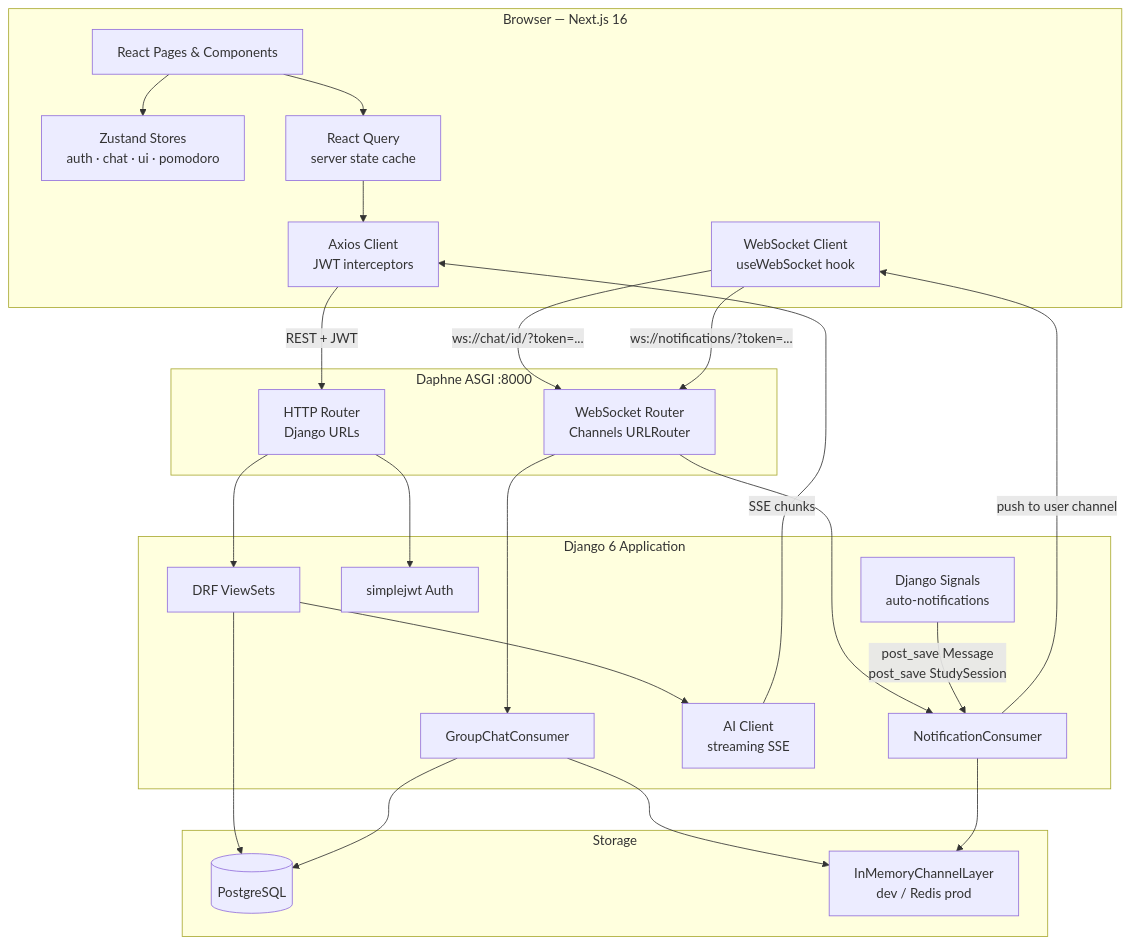
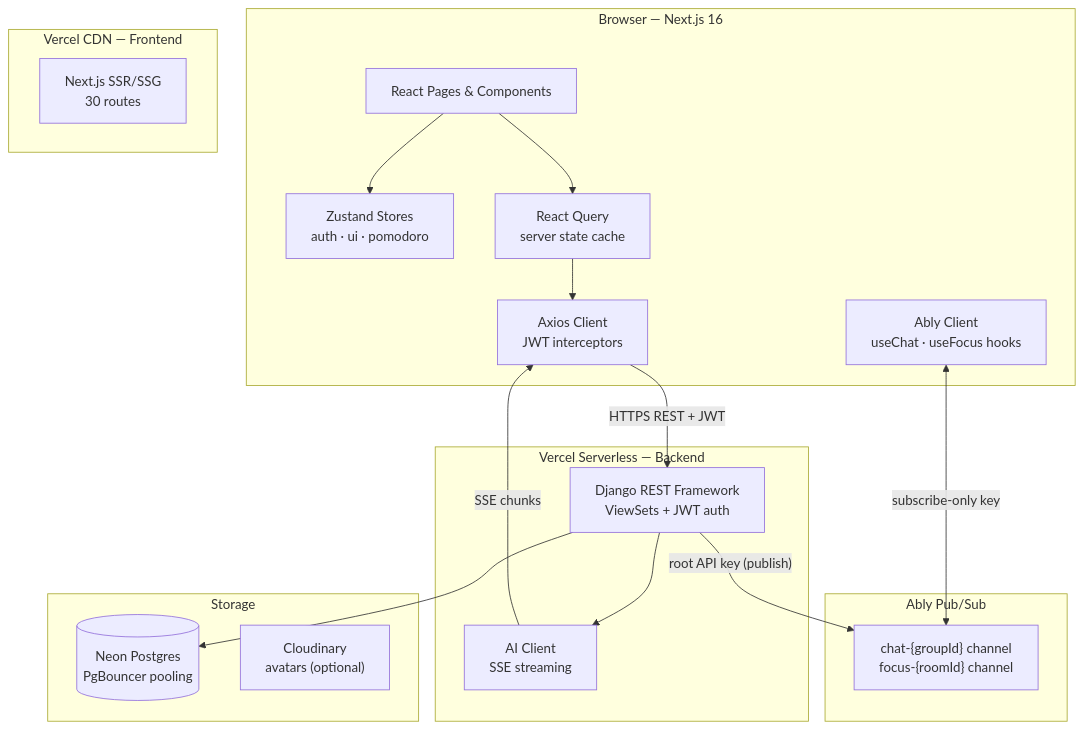
One commit to MatinMovahedi/StudySync changed the first of 6 diagrams in README.md. Above: the diagram before and after it, drawn with Mermaid. The commit also changed other lines of this file and 2 other files, not shown here.

````diff
--- a/README.md
+++ b/README.md
@@ -351,50 +258,38 @@
 ```mermaid
 graph TB
     subgraph Browser["Browser — Next.js 16"]
         UI["React Pages & Components"]
-        ZS["Zustand Stores\nauth · chat · ui · pomodoro"]
+        ZS["Zustand Stores\nauth · ui · pomodoro"]
         RQ["React Query\nserver state cache"]
         AX["Axios Client\nJWT interceptors"]
-        WS_C["WebSocket Client\nuseWebSocket hook"]
+        AB_C["Ably Client\nuseChat · useFocus hooks"]
     end
 
-    subgraph Daphne["Daphne ASGI :8000"]
-        HTTP["HTTP Router\nDjango URLs"]
-        WS_R["WebSocket Router\nChannels URLRouter"]
+    subgraph Vercel_FE["Vercel CDN — Frontend"]
+        NEXT["Next.js SSR/SSG\n30 routes"]
     end
 
-    subgraph Django["Django 6 Application"]
-        DRF["DRF ViewSets"]
-        JWT["simplejwt Auth"]
-        CHAT_C["GroupChatConsumer"]
-        NOTIF_C["NotificationConsumer"]
-        SIGNALS["Django Signals\nauto-notifications"]
-        AI["AI Client\nstreaming SSE"]
+    subgraph Vercel_BE["Vercel Serverless — Backend"]
+        DRF["Django REST Framework\nViewSets + JWT auth"]
+        AI["AI Client\nSSE streaming"]
+    end
+
+    subgraph Ably["Ably Pub/Sub"]
+        CH["chat-{groupId} channel\nfocus-{roomId} channel"]
     end
 
     subgraph Storage["Storage"]
-        PG[("PostgreSQL")]
-        CL["InMemoryChannelLayer\ndev  /  Redis prod"]
+        PG[("Neon Postgres\nPgBouncer pooling")]
+        CLD["Cloudinary\navatars (optional)"]
     end
 
     UI --> ZS
     UI --> RQ
     RQ --> AX
-    AX -->|"REST + JWT"| HTTP
-    WS_C -->|"ws://chat/id/?token=..."| WS_R
-    WS_C -->|"ws://notifications/?token=..."| WS_R
-
-    HTTP --> JWT
-    HTTP --> DRF
+    AX -->|"HTTPS REST + JWT"| DRF
+    AB_C <-->|"subscribe-only key"| CH
+    DRF -->|"root API key (publish)"| CH
     DRF --> PG
     DRF --> AI
     AI -->|"SSE chunks"| AX
-
-    WS_R --> CHAT_C
-    WS_R --> NOTIF_C
-    CHAT_C --> CL
-    NOTIF_C --> CL
-    CHAT_C --> PG
-    SIGNALS -->|"post_save Message\npost_save StudySession"| NOTIF_C
-    NOTIF_C -->|"push to user channel"| WS_C
 ```
````
